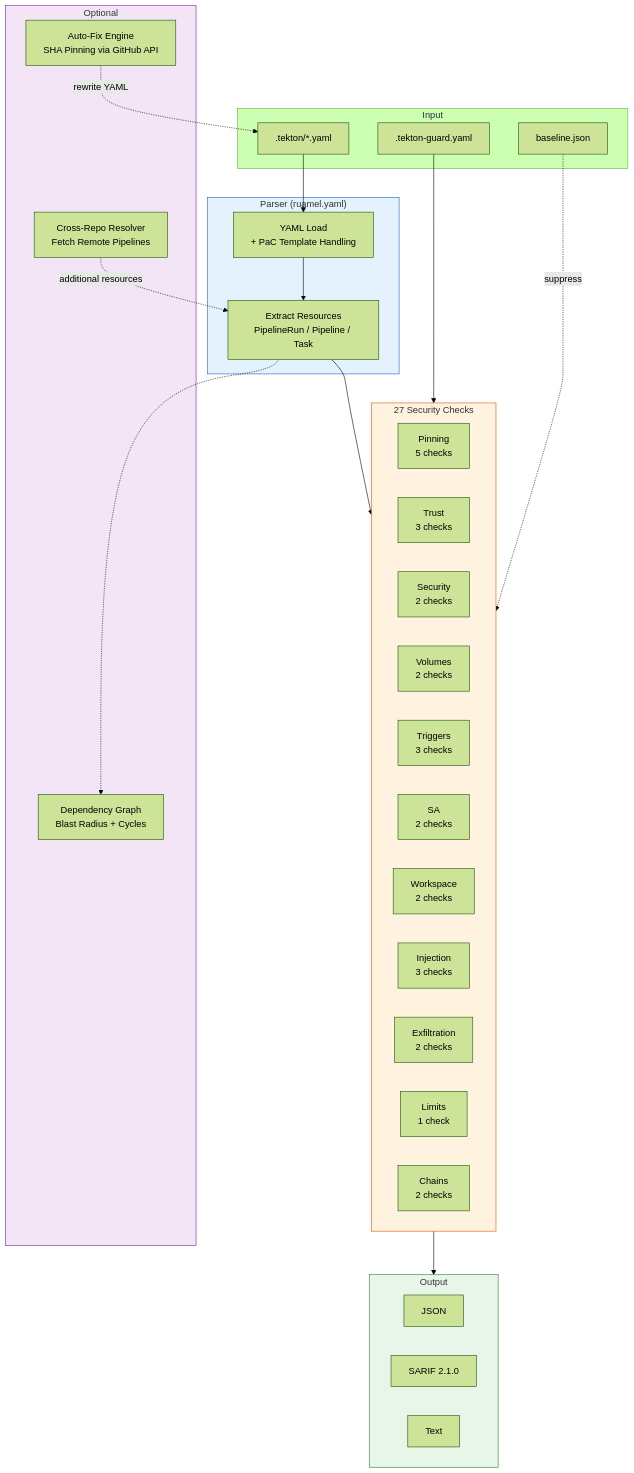
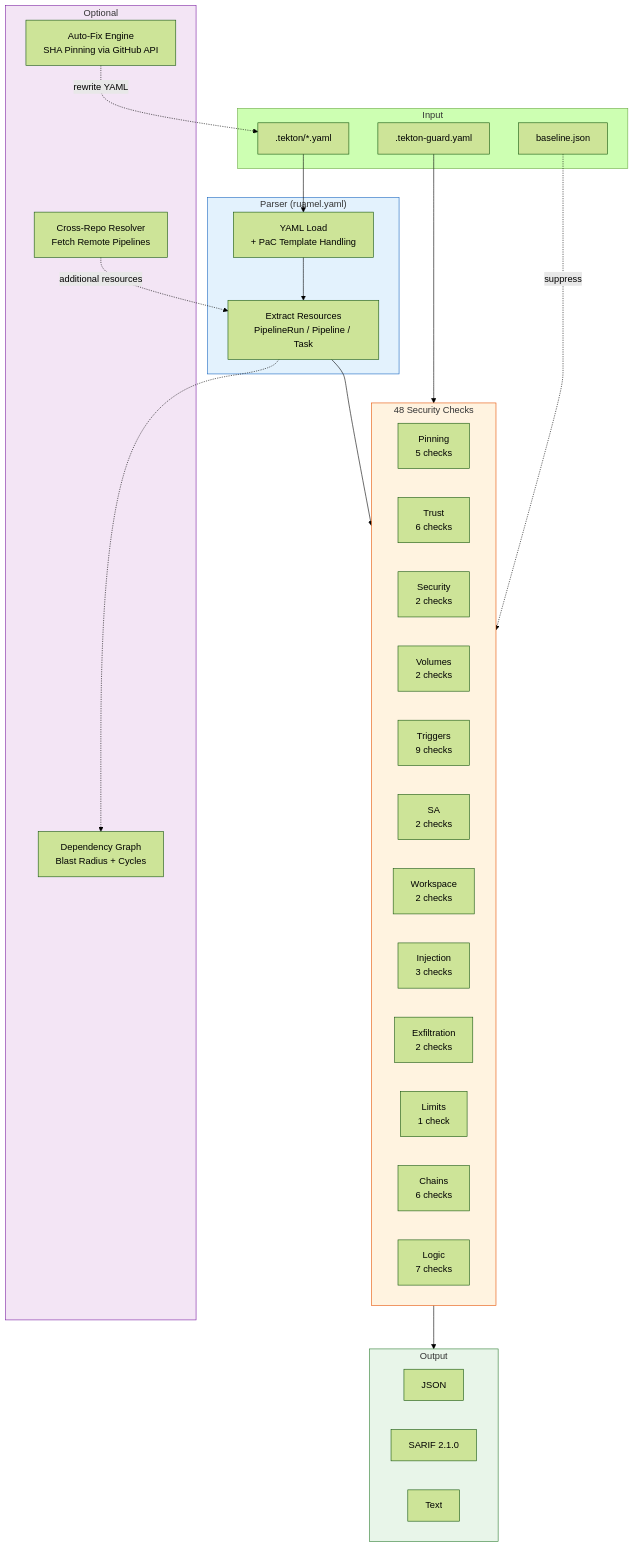
One commit to ugiordan/tekton-guard changed the diagram in site/docs/architecture/overview.md. Above: the diagram before and after it, drawn with Mermaid (forest theme). The commit also changed other lines of this file and 5 other files, not shown here.

````diff
--- a/site/docs/architecture/overview.md
+++ b/site/docs/architecture/overview.md
@@ -33,56 +34,57 @@
 ```mermaid
 graph TB
     subgraph Input
         YAML[".tekton/*.yaml"]
         CONFIG[".tekton-guard.yaml"]
         BASELINE["baseline.json"]
     end
     
     subgraph Parser["Parser (ruamel.yaml)"]
         LOAD["YAML Load<br/>+ PaC Template Handling"]
         EXTRACT["Extract Resources<br/>PipelineRun / Pipeline / Task"]
         LOAD --> EXTRACT
     end
     
-    subgraph Checks["27 Security Checks"]
+    subgraph Checks["48 Security Checks"]
         direction LR
         PIN["Pinning<br/>5 checks"]
-        TRUST["Trust<br/>3 checks"]
+        TRUST["Trust<br/>6 checks"]
         SEC["Security<br/>2 checks"]
         VOL["Volumes<br/>2 checks"]
-        TRIG["Triggers<br/>3 checks"]
+        TRIG["Triggers<br/>9 checks"]
         SA["SA<br/>2 checks"]
         WS["Workspace<br/>2 checks"]
         RES["Injection<br/>3 checks"]
         EXFIL["Exfiltration<br/>2 checks"]
         LIMIT["Limits<br/>1 check"]
-        CHAIN["Chains<br/>2 checks"]
+        CHAIN["Chains<br/>6 checks"]
+        LOGIC["Logic<br/>7 checks"]
     end
     
     subgraph Output
         JSON["JSON"]
         SARIF["SARIF 2.1.0"]
         TEXT["Text"]
     end
     
     subgraph Optional
         FIX["Auto-Fix Engine<br/>SHA Pinning via GitHub API"]
         GRAPH["Dependency Graph<br/>Blast Radius + Cycles"]
         RESOLVE["Cross-Repo Resolver<br/>Fetch Remote Pipelines"]
     end
     
     YAML --> LOAD
     CONFIG --> Checks
     BASELINE -.->|suppress| Checks
     EXTRACT --> Checks
     Checks --> Output
     
     RESOLVE -.->|additional resources| EXTRACT
     FIX -.->|rewrite YAML| YAML
     EXTRACT -.-> GRAPH
     
     style Parser fill:#e3f2fd,stroke:#1565c0
     style Checks fill:#fff3e0,stroke:#e65100
     style Output fill:#e8f5e9,stroke:#2e7d32
     style Optional fill:#f3e5f5,stroke:#7b1fa2
 ```
````
